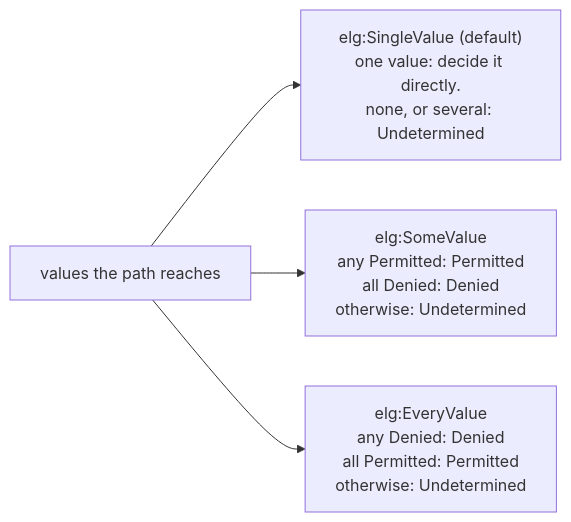
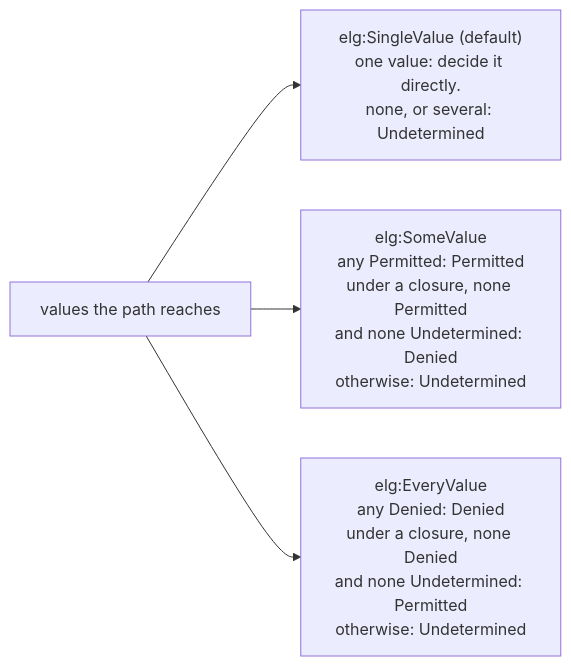
Before and after one commit to nebularis/lattice: the ninth of 15 diagrams in ontology/eligibility/README.md, drawn with Mermaid. The commit also changed other lines of this file and 62 other files, not shown here.

````diff
--- a/ontology/eligibility/README.md
+++ b/ontology/eligibility/README.md
@@ -465,7 +519,7 @@
 ```mermaid
 flowchart LR
     V["values the path reaches"]
     V --> SV["elg:SingleValue (default)<br/>one value: decide it directly.<br/>none, or several: Undetermined"]
-    V --> SM["elg:SomeValue<br/>any Permitted: Permitted<br/>all Denied: Denied<br/>otherwise: Undetermined"]
-    V --> EV["elg:EveryValue<br/>any Denied: Denied<br/>all Permitted: Permitted<br/>otherwise: Undetermined"]
+    V --> SM["elg:SomeValue<br/>any Permitted: Permitted<br/>under a closure, none Permitted<br/>and none Undetermined: Denied<br/>otherwise: Undetermined"]
+    V --> EV["elg:EveryValue<br/>any Denied: Denied<br/>under a closure, none Denied<br/>and none Undetermined: Permitted<br/>otherwise: Undetermined"]
 ```
````
